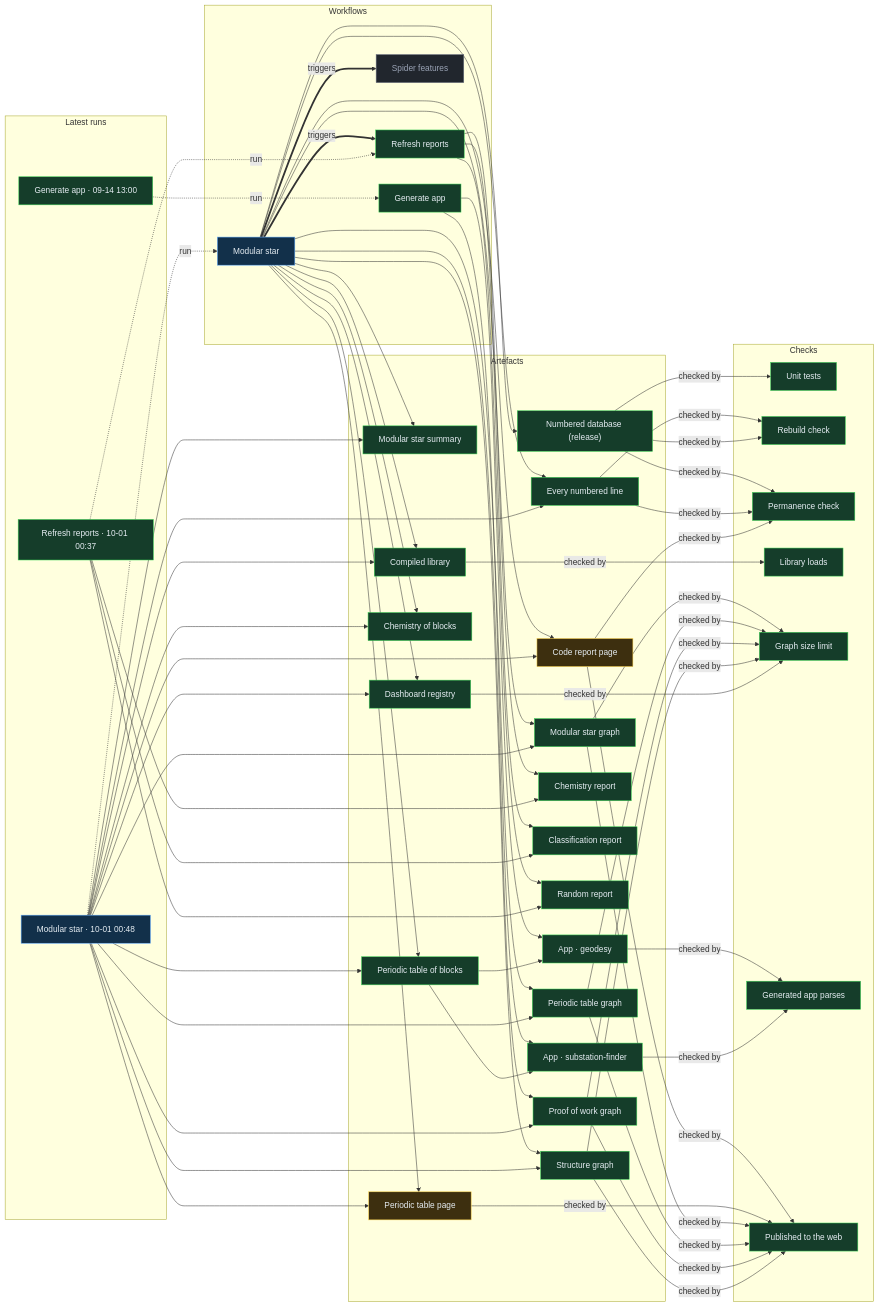
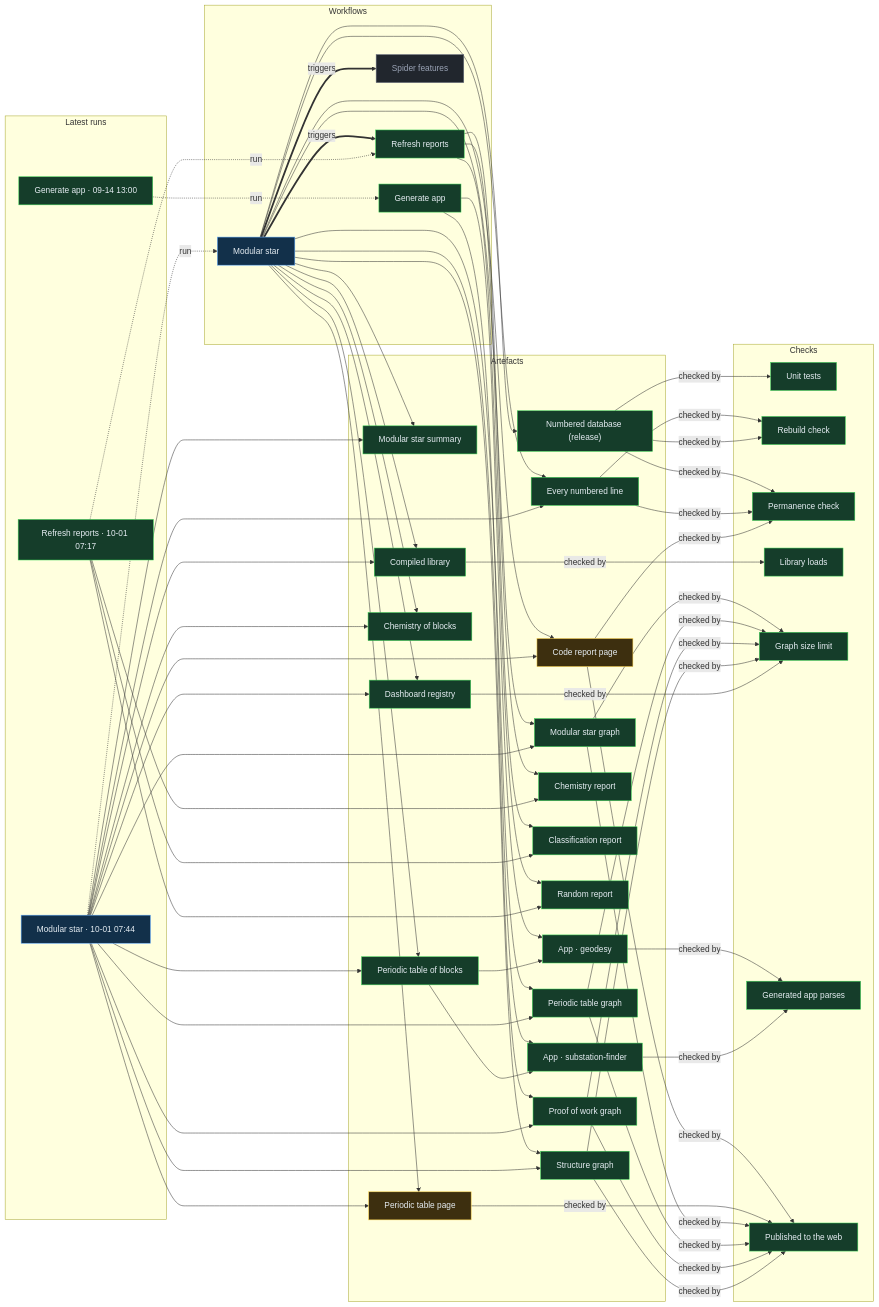
Before and after one commit to Ventusltd/stars: the diagram in proof/PROOF.md, drawn with Mermaid. The commit also changed other lines of this file and 36 other files, not shown here.

Commit message:
Modular star 2026-10-01T07:47Z

```diff
--- a/proof/PROOF.md
+++ b/proof/PROOF.md
@@ -24,8 +24,8 @@
   n_wf_spider_features["Spider features"]:::off
   end
   subgraph g_runs["Latest runs"]
-  n_run_36797988157["Modular star · 10-01 00:48"]:::live
-  n_run_36797130958["Refresh reports · 10-01 00:37"]:::ok
+  n_run_36832101105["Modular star · 10-01 07:44"]:::live
+  n_run_36829465375["Refresh reports · 10-01 07:17"]:::ok
   n_run_34846587798["Generate app · 09-14 13:00"]:::ok
   end
   subgraph g_artefacts["Artefacts"]
@@ -59,39 +59,39 @@
   end
   n_wf_modular_star == triggers ==> n_wf_refresh
   n_wf_modular_star == triggers ==> n_wf_spider_features
-  n_run_36797988157 -. run .-> n_wf_modular_star
-  n_run_36797130958 -. run .-> n_wf_refresh
+  n_run_36832101105 -. run .-> n_wf_modular_star
+  n_run_36829465375 -. run .-> n_wf_refresh
   n_run_34846587798 -. run .-> n_wf_generate
   n_wf_modular_star --> n_art_summary
-  n_run_36797988157 --> n_art_summary
+  n_run_36832101105 --> n_art_summary
   n_wf_modular_star --> n_art_lines
-  n_run_36797988157 --> n_art_lines
+  n_run_36832101105 --> n_art_lines
   n_wf_modular_star --> n_art_code
-  n_run_36797988157 --> n_art_code
+  n_run_36832101105 --> n_art_code
   n_wf_modular_star --> n_art_modular_graph
-  n_run_36797988157 --> n_art_modular_graph
+  n_run_36832101105 --> n_art_modular_graph
   n_wf_modular_star --> n_art_blocks
-  n_run_36797988157 --> n_art_blocks
+  n_run_36832101105 --> n_art_blocks
   n_wf_modular_star --> n_art_table
-  n_run_36797988157 --> n_art_table
+  n_run_36832101105 --> n_art_table
   n_wf_modular_star --> n_art_blocks_graph
-  n_run_36797988157 --> n_art_blocks_graph
+  n_run_36832101105 --> n_art_blocks_graph
   n_wf_modular_star --> n_art_reactions
-  n_run_36797988157 --> n_art_reactions
+  n_run_36832101105 --> n_art_reactions
   n_wf_modular_star --> n_art_library
-  n_run_36797988157 --> n_art_library
+  n_run_36832101105 --> n_art_library
   n_wf_modular_star --> n_art_features
-  n_run_36797988157 --> n_art_features
+  n_run_36832101105 --> n_art_features
   n_wf_modular_star --> n_art_proof
-  n_run_36797988157 --> n_art_proof
+  n_run_36832101105 --> n_art_proof
   n_wf_modular_star --> n_art_structure
-  n_run_36797988157 --> n_art_structure
+  n_run_36832101105 --> n_art_structure
   n_wf_refresh --> n_art_chemistry
-  n_run_36797130958 --> n_art_chemistry
+  n_run_36829465375 --> n_art_chemistry
   n_wf_refresh --> n_art_vedic
-  n_run_36797130958 --> n_art_vedic
+  n_run_36829465375 --> n_art_vedic
   n_wf_refresh --> n_art_random
-  n_run_36797130958 --> n_art_random
+  n_run_36829465375 --> n_art_random
   n_wf_modular_star --> n_art_release
   n_wf_generate --> n_app_geodesy
   n_art_blocks --> n_app_geodesy
```
